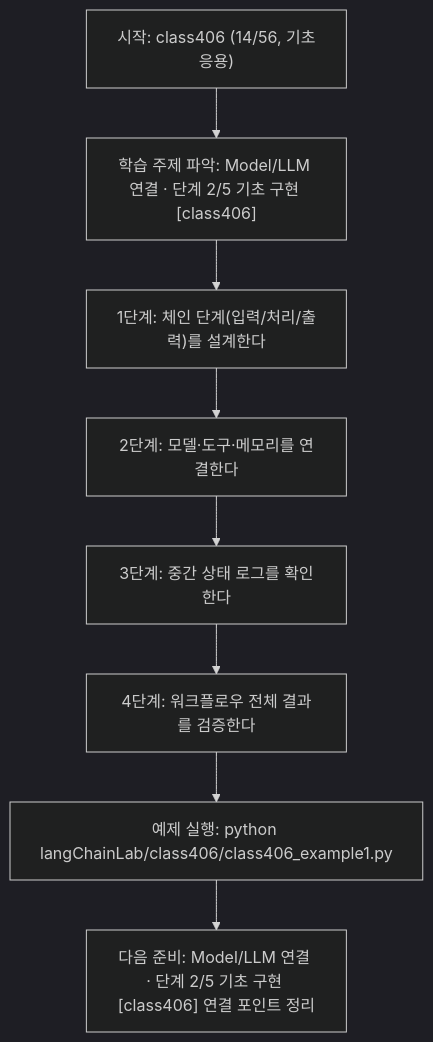
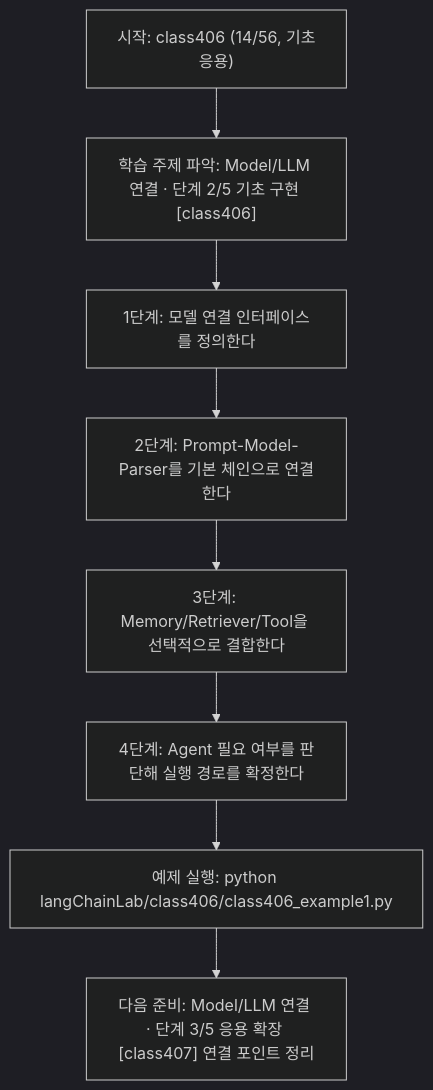
Before and after one commit to edumgt/Python-AI_Agent-Class: the diagram in langChainLab/class406/class406.md, drawn with Mermaid (dark theme). The commit also changed other lines of this file and 395 other files, not shown here.

````diff
--- a/langChainLab/class406/class406.md
+++ b/langChainLab/class406/class406.md
@@ -110,18 +91,18 @@
 ```mermaid
 flowchart TD
 N1["시작: class406 (14/56, 기초응용)"]
 N2["학습 주제 파악: Model/LLM 연결 · 단계 2/5 기초 구현 [class406]"]
-N3["1단계: 체인 단계(입력/처리/출력)를 설계한다"]
-N4["2단계: 모델·도구·메모리를 연결한다"]
-N5["3단계: 중간 상태 로그를 확인한다"]
-N6["4단계: 워크플로우 전체 결과를 검증한다"]
+N3["1단계: 모델 연결 인터페이스를 정의한다"]
+N4["2단계: Prompt-Model-Parser를 기본 체인으로 연결한다"]
+N5["3단계: Memory/Retriever/Tool을 선택적으로 결합한다"]
+N6["4단계: Agent 필요 여부를 판단해 실행 경로를 확정한다"]
 N7["예제 실행: python langChainLab/class406/class406_example1.py"]
-N8["다음 준비: Model/LLM 연결 · 단계 2/5 기초 구현 [class406] 연결 포인트 정리"]
+N8["다음 준비: Model/LLM 연결 · 단계 3/5 응용 확장 [class407] 연결 포인트 정리"]
 N1 --> N2
 N2 --> N3
 N3 --> N4
 N4 --> N5
 N5 --> N6
 N6 --> N7
 N7 --> N8
 ```
````
